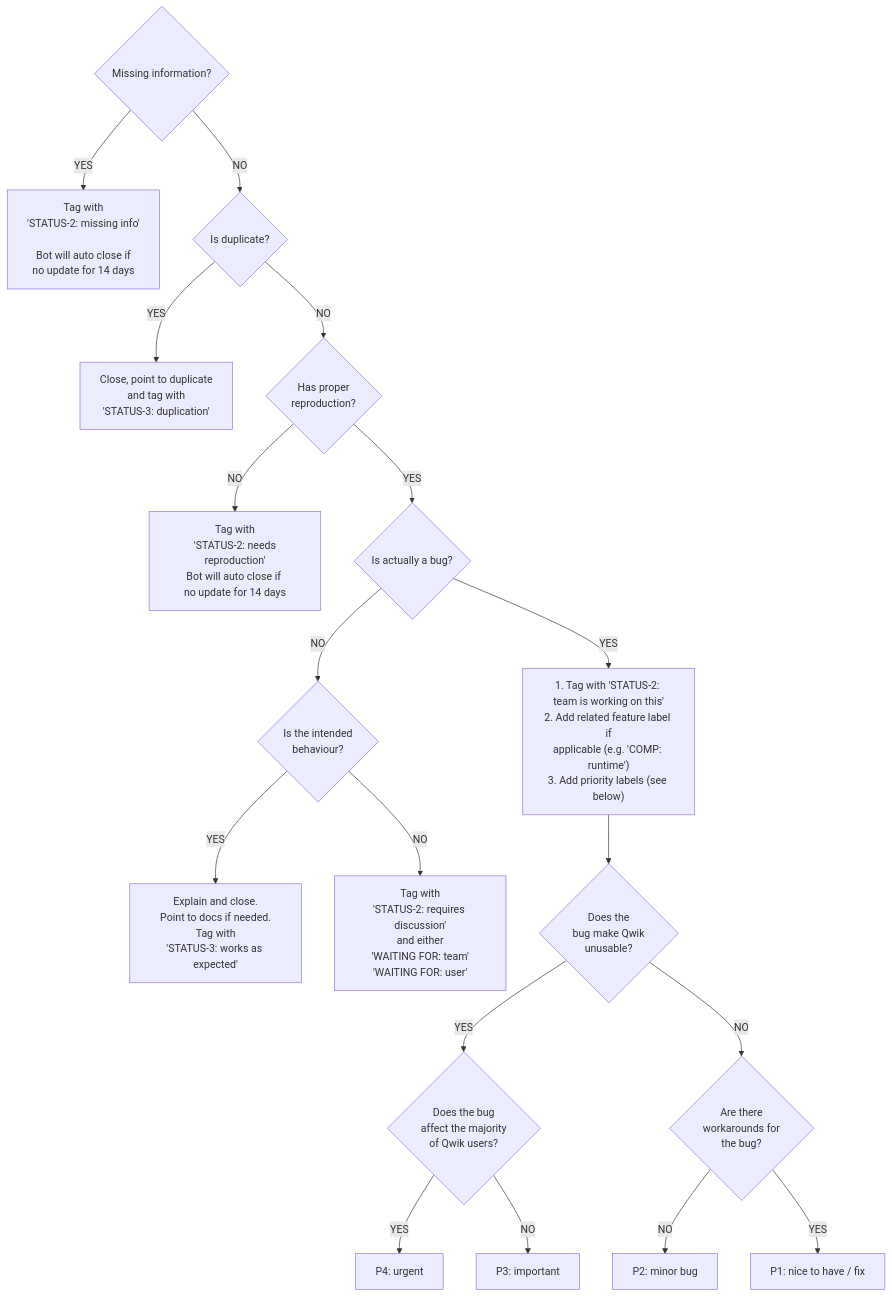
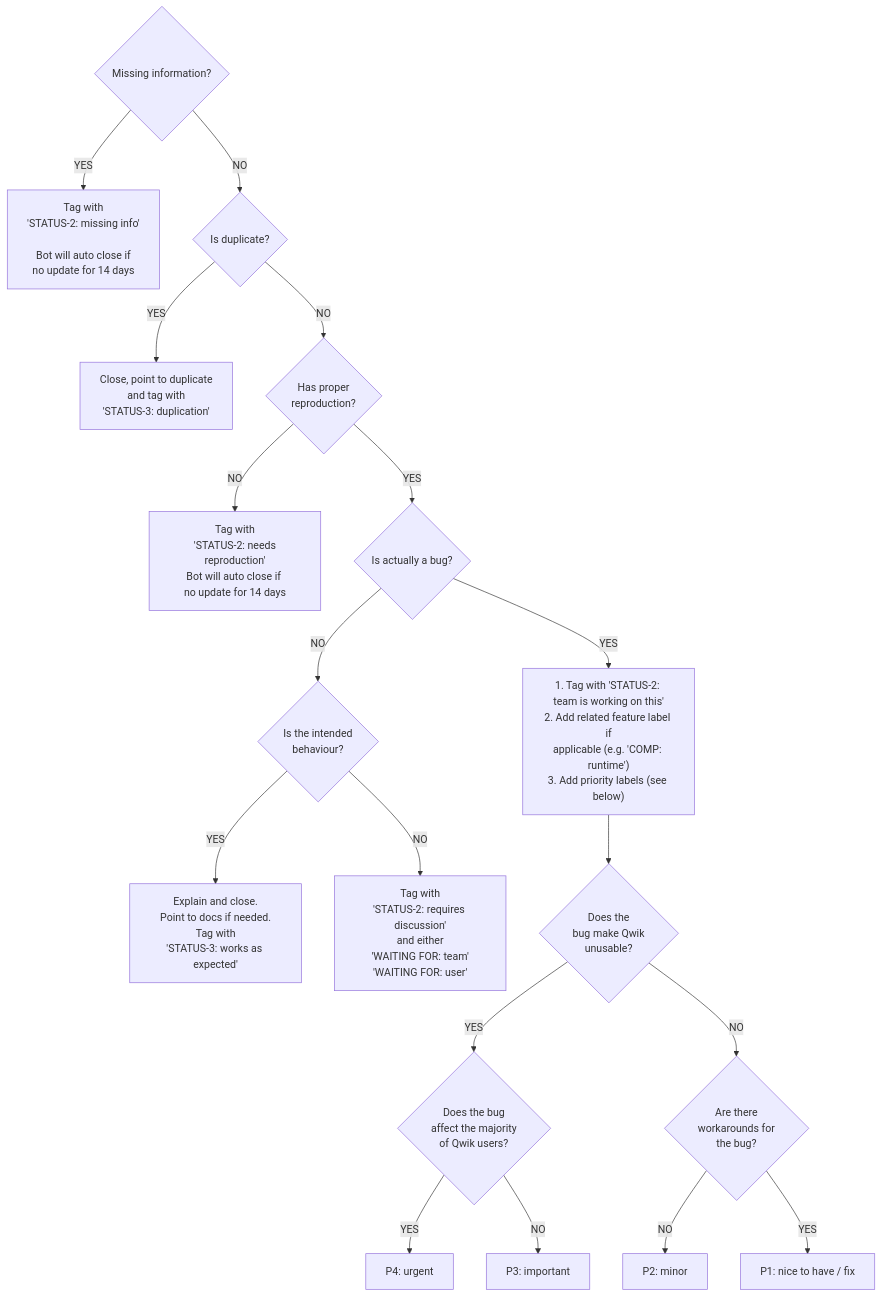
One commit to QwikDev/qwik changed the first of 2 diagrams in contributing/TRIAGE.md. Above: the diagram before and after it, drawn with Mermaid.

Commit message:
docs: fix minor in triage guide

````diff
--- a/contributing/TRIAGE.md
+++ b/contributing/TRIAGE.md
@@ -23,21 +23,21 @@
 ```mermaid
 flowchart TD
     start{Missing information?}
     start --YES--> close1[Tag with\n'STATUS-2: missing info'\n\nBot will auto close if\n no update for 14 days]
     start --NO--> dupe{Is duplicate?}
     dupe --YES--> close2[Close, point to duplicate\n and tag with\n'STATUS-3: duplication']
     dupe --NO--> repro{Has proper\nreproduction?}
     repro --NO--> close3[Tag with\n 'STATUS-2: needs reproduction'\nBot will auto close if \nno update for 14 days]
     repro --YES--> real{Is actually a bug?}
     real --NO--> intended{Is the intended\nbehaviour?}
     intended --YES--> explain[Explain and close.\nPoint to docs if needed.\nTag with\n'STATUS-3: works as expected']
     intended --NO--> open[Tag with\n'STATUS-2: requires discussion'\nand either\n'WAITING FOR: team'\n'WAITING FOR: user']
     real --YES--> real2["1. Tag with 'STATUS-2: team is working on this'\n2. Add related feature label if\napplicable (e.g. 'COMP: runtime')\n3. Add priority labels (see below)"]
     real2 --> unusable{Does the\nbug make Qwik\nunusable?}
     unusable --YES--> maj{Does the bug\naffect the majority\nof Qwik users?}
     maj --YES--> P4[P4: urgent]
     maj --NO--> P3[P3: important]
     unusable --NO--> workarounds{Are there\nworkarounds for\nthe bug?}
-    workarounds --NO--> P2[P2: minor bug]
+    workarounds --NO--> P2[P2: minor]
     workarounds --YES--> P1[P1: nice to have / fix]
 ```
````
